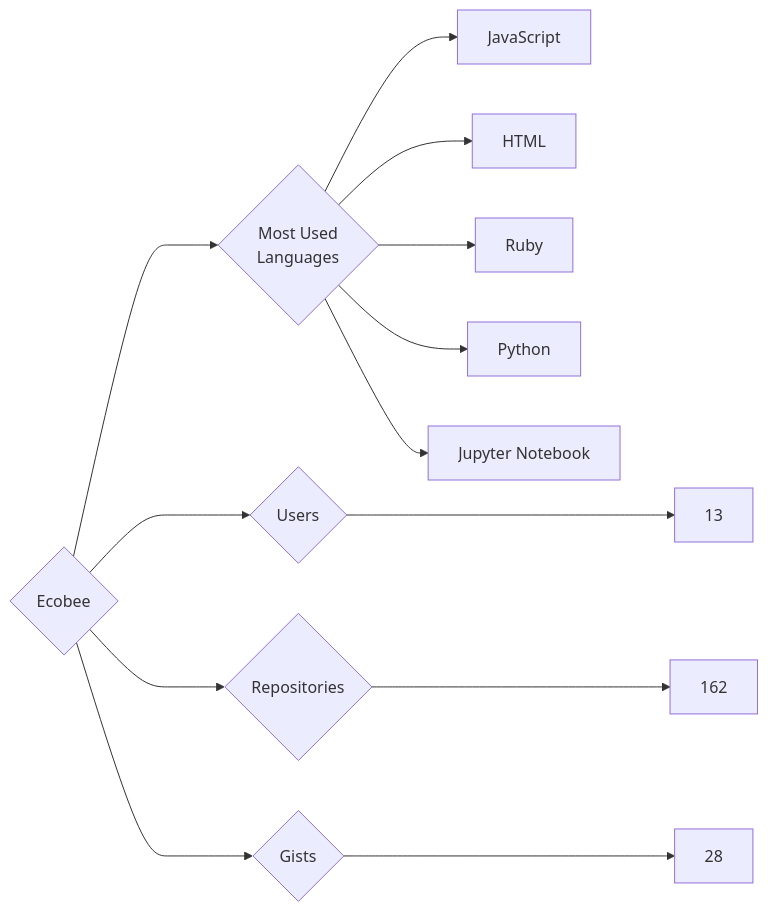
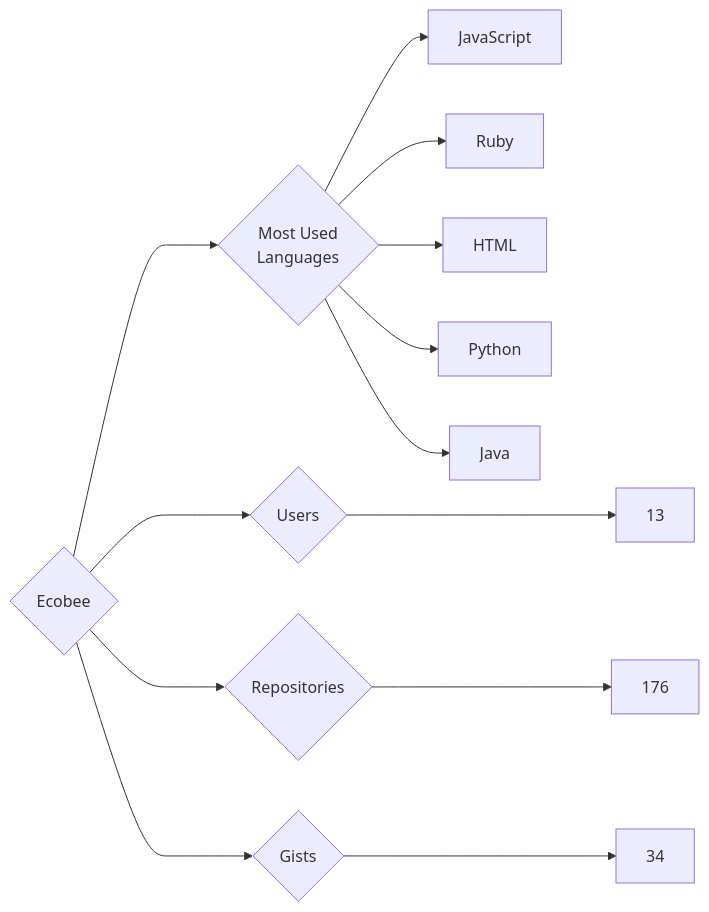
Before and after one commit to trickest/insiders: the diagram in targets/Ecobee/README.md, drawn with Mermaid. The commit also changed 916 other files, not shown here.

````diff
--- a/targets/Ecobee/README.md
+++ b/targets/Ecobee/README.md
@@ -3,13 +3,13 @@
 ```mermaid
 graph LR
 COMPANY_NAME{Ecobee}
 COMPANY_NAME ---> U{Users} ---> UN[13]
-COMPANY_NAME ---> R{Repositories} ---> RN[162]
-COMPANY_NAME ---> G{Gists} ---> GN[28]
+COMPANY_NAME ---> R{Repositories} ---> RN[176]
+COMPANY_NAME ---> G{Gists} ---> GN[34]
 COMPANY_NAME ---> ML{Most Used<br>Languages}
 ML --> JavaScript[JavaScript]
+ML --> Ruby[Ruby]
 ML --> HTML[HTML]
-ML --> Ruby[Ruby]
 ML --> Python[Python]
-ML --> Jupyter_Notebook[Jupyter Notebook]
+ML --> Java[Java]
 ```
````
